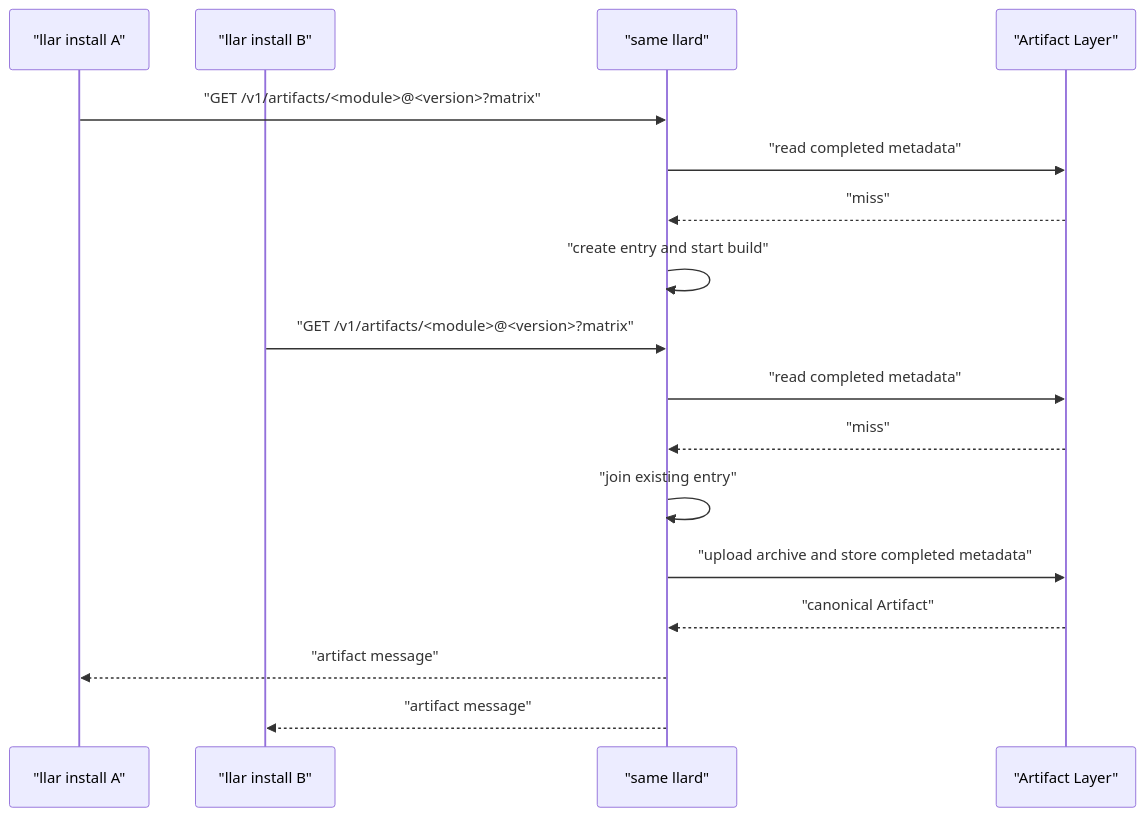
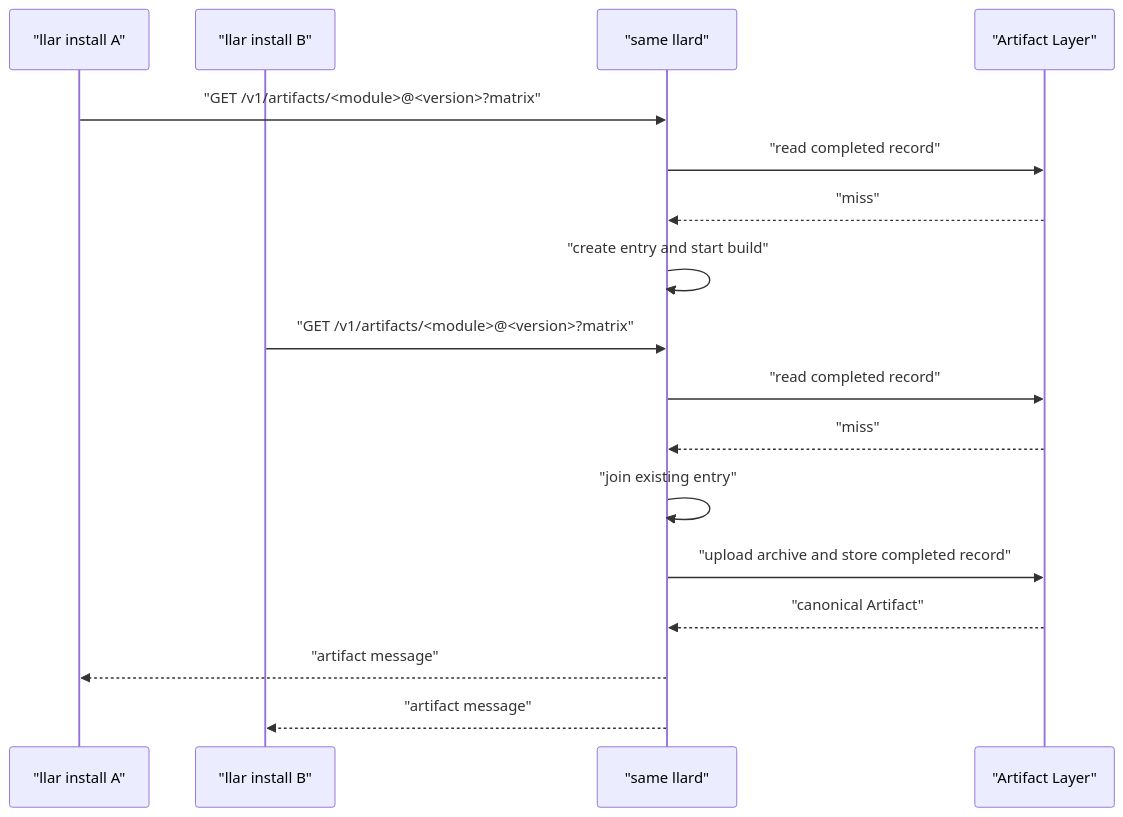
One commit to MeteorsLiu/llar changed the fifth of 6 diagrams in docs/superpowers/specs/2026-06-08-cloud-build-worker-architecture.md. Above: the diagram before and after it, drawn with Mermaid. The commit also changed other lines of this file and 6 other files, not shown here.

````diff
--- a/docs/superpowers/specs/2026-06-08-cloud-build-worker-architecture.md
+++ b/docs/superpowers/specs/2026-06-08-cloud-build-worker-architecture.md
@@ -488,20 +345,20 @@
 ```mermaid
 sequenceDiagram
   participant A as "llar install A"
   participant B as "llar install B"
   participant Llard as "same llard"
   participant Artifact as "Artifact Layer"
 
   A->>Llard: "GET /v1/artifacts/<module>@<version>?matrix"
-  Llard->>Artifact: "read completed metadata"
+  Llard->>Artifact: "read completed record"
   Artifact-->>Llard: "miss"
   Llard->>Llard: "create entry and start build"
   B->>Llard: "GET /v1/artifacts/<module>@<version>?matrix"
-  Llard->>Artifact: "read completed metadata"
+  Llard->>Artifact: "read completed record"
   Artifact-->>Llard: "miss"
   Llard->>Llard: "join existing entry"
-  Llard->>Artifact: "upload archive and store completed metadata"
+  Llard->>Artifact: "upload archive and store completed record"
   Artifact-->>Llard: "canonical Artifact"
   Llard-->>A: "artifact message"
   Llard-->>B: "artifact message"
 ```
````
